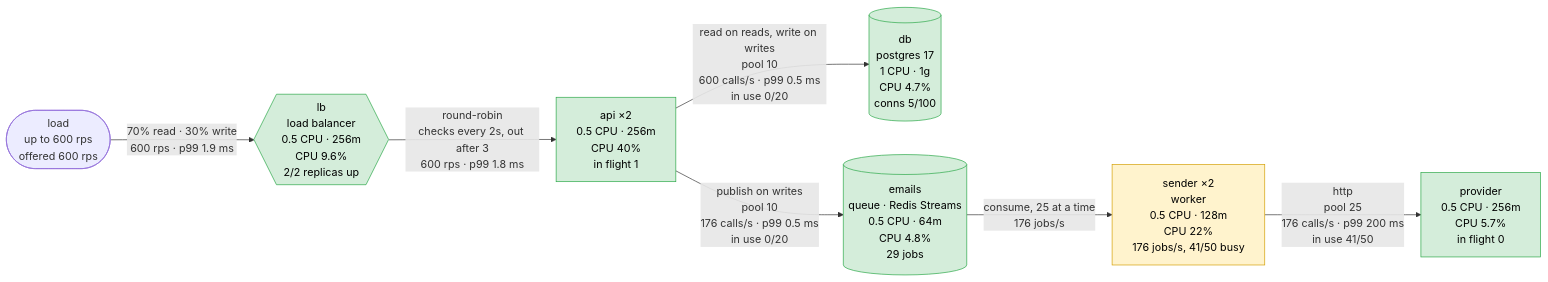
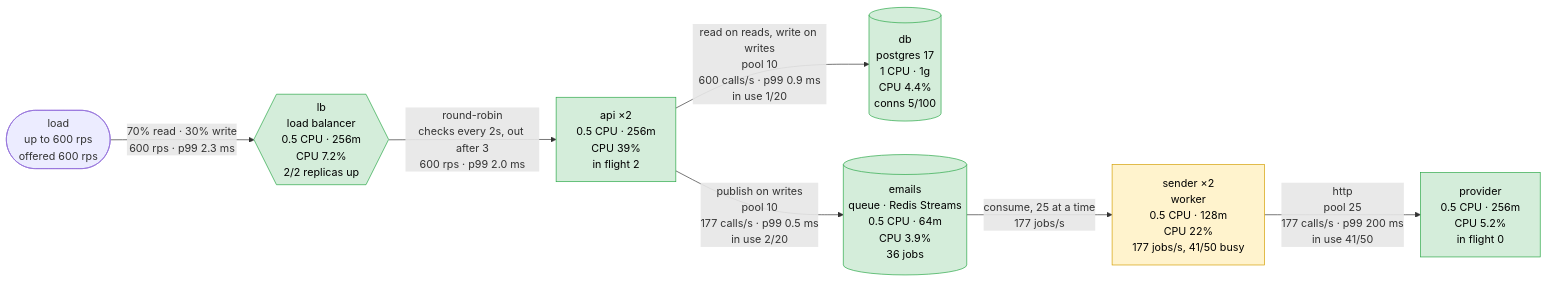
The first of 5 diagrams in scenarios/backed-up-queue/solutions/more-runners/report.md (akinfemi/load-lore), drawn with Mermaid before and after one commit. The commit also changed other lines of this file and 71 other files, not shown here.

````diff
--- a/scenarios/backed-up-queue/solutions/more-runners/report.md
+++ b/scenarios/backed-up-queue/solutions/more-runners/report.md
@@ -15,21 +15,21 @@
 ```mermaid
 flowchart LR
     load(["load<br/>up to 600 rps<br/>offered 600 rps"])
-    lb{{"lb<br/>load balancer<br/>0.5 CPU · 256m<br/>CPU 9.6%<br/>2/2 replicas up"}}
-    api["api ×2<br/>0.5 CPU · 256m<br/>CPU 40%<br/>in flight 1"]
-    db[("db<br/>postgres 17<br/>1 CPU · 1g<br/>CPU 4.7%<br/>conns 5/100")]
-    emails[("emails<br/>queue · Redis Streams<br/>0.5 CPU · 64m<br/>CPU 4.8%<br/>29 jobs")]
-    sender["sender ×2<br/>worker<br/>0.5 CPU · 128m<br/>CPU 22%<br/>176 jobs/s, 41/50 busy"]
-    provider["provider<br/>0.5 CPU · 256m<br/>CPU 5.7%<br/>in flight 0"]
-    load -->|"70% read · 30% write<br/>600 rps · p99 1.9 ms"| lb
-    lb -->|"round-robin<br/>checks every 2s, out after 3<br/>600 rps · p99 1.8 ms"| api
-    api -->|"read on reads, write on writes<br/>pool 10<br/>600 calls/s · p99 0.5 ms<br/>in use 0/20"| db
-    api -->|"publish on writes<br/>pool 10<br/>176 calls/s · p99 0.5 ms<br/>in use 0/20"| emails
-    emails -->|"consume, 25 at a time<br/>176 jobs/s"| sender
-    sender -->|"http<br/>pool 25<br/>176 calls/s · p99 200 ms<br/>in use 41/50"| provider
+    lb{{"lb<br/>load balancer<br/>0.5 CPU · 256m<br/>CPU 7.2%<br/>2/2 replicas up"}}
+    api["api ×2<br/>0.5 CPU · 256m<br/>CPU 39%<br/>in flight 2"]
+    db[("db<br/>postgres 17<br/>1 CPU · 1g<br/>CPU 4.4%<br/>conns 5/100")]
+    emails[("emails<br/>queue · Redis Streams<br/>0.5 CPU · 64m<br/>CPU 3.9%<br/>36 jobs")]
+    sender["sender ×2<br/>worker<br/>0.5 CPU · 128m<br/>CPU 22%<br/>177 jobs/s, 41/50 busy"]
+    provider["provider<br/>0.5 CPU · 256m<br/>CPU 5.2%<br/>in flight 0"]
+    load -->|"70% read · 30% write<br/>600 rps · p99 2.3 ms"| lb
+    lb -->|"round-robin<br/>checks every 2s, out after 3<br/>600 rps · p99 2.0 ms"| api
+    api -->|"read on reads, write on writes<br/>pool 10<br/>600 calls/s · p99 0.9 ms<br/>in use 1/20"| db
+    api -->|"publish on writes<br/>pool 10<br/>177 calls/s · p99 0.5 ms<br/>in use 2/20"| emails
+    emails -->|"consume, 25 at a time<br/>177 jobs/s"| sender
+    sender -->|"http<br/>pool 25<br/>177 calls/s · p99 200 ms<br/>in use 41/50"| provider
     classDef ok fill:#d4edda,stroke:#28a745,color:#000
     classDef warm fill:#fff3cd,stroke:#d39e00,color:#000
     classDef hot fill:#f8d7da,stroke:#dc3545,color:#000
     class lb,api,db,emails,provider ok
     class sender warm
 ```
````
